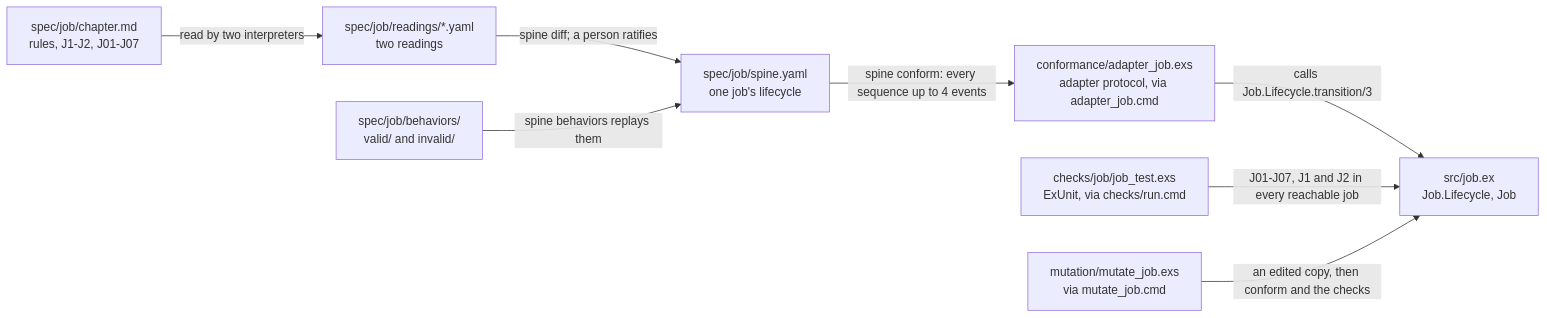
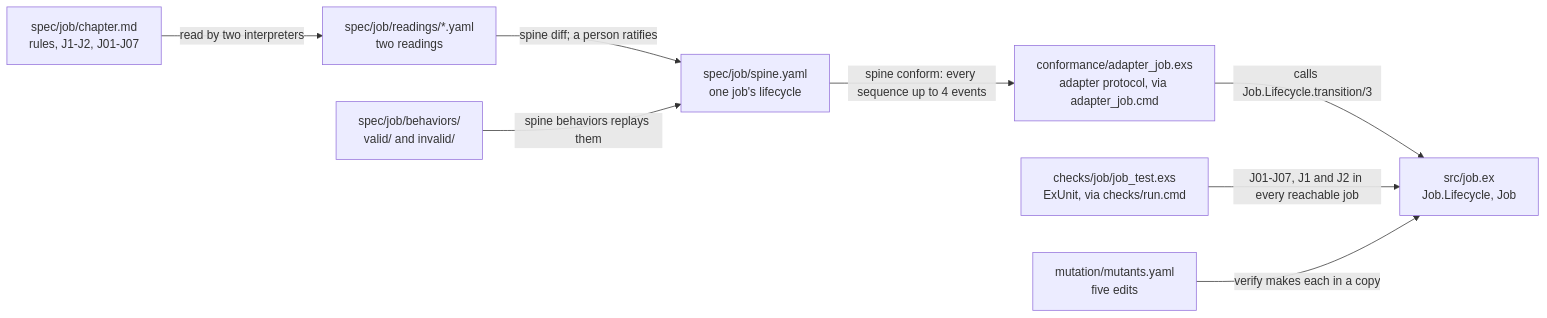
One commit to 23min/verifier-kit changed the fifth of 7 diagrams in docs/architecture.md. Above: the diagram before and after it, drawn with Mermaid. The commit also changed other lines of this file and 23 other files, not shown here.

First line of the commit message:
feat(verify): make the mutants listed in mutation/mutants.yaml, so no example writes its own mutation loop

````diff
--- a/docs/architecture.md
+++ b/docs/architecture.md
@@ -196,18 +195,18 @@
 ```mermaid
 flowchart LR
   chapter["spec/job/chapter.md<br/>rules, J1-J2, J01-J07"]
   readings["spec/job/readings/*.yaml<br/>two readings"]
   spineY["spec/job/spine.yaml<br/>one job's lifecycle"]
   behav["spec/job/behaviors/<br/>valid/ and invalid/"]
   adapter["conformance/adapter_job.exs<br/>adapter protocol, via adapter_job.cmd"]
   job["src/job.ex<br/>Job.Lifecycle, Job"]
   checks["checks/job/job_test.exs<br/>ExUnit, via checks/run.cmd"]
-  mutate["mutation/mutate_job.exs<br/>via mutate_job.cmd"]
+  mutate["mutation/mutants.yaml<br/>five edits"]
   chapter -->|"read by two interpreters"| readings
   readings -->|"spine diff; a person ratifies"| spineY
   behav -->|"spine behaviors replays them"| spineY
   spineY -->|"spine conform: every sequence up to 4 events"| adapter
   adapter -->|"calls Job.Lifecycle.transition/3"| job
   checks -->|"J01-J07, J1 and J2 in every reachable job"| job
-  mutate -->|"an edited copy, then conform and the checks"| job
+  mutate -->|"verify makes each in a copy"| job
 ```
````
